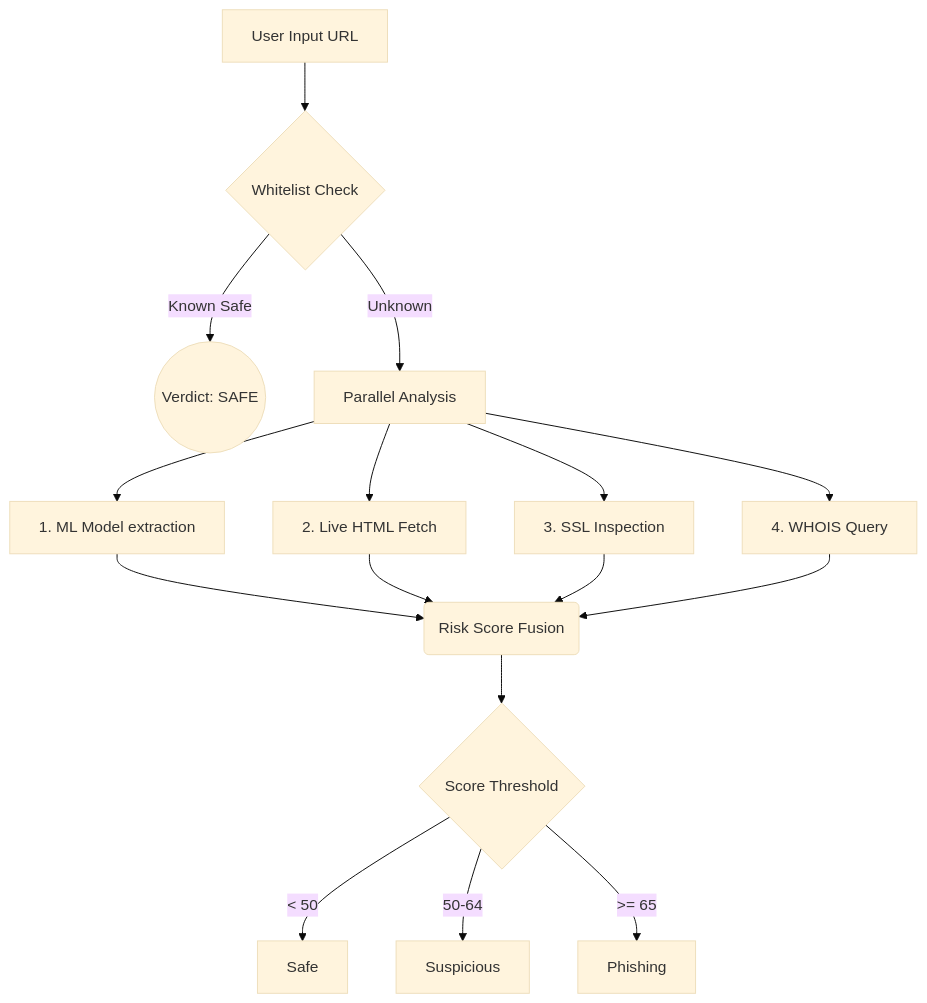
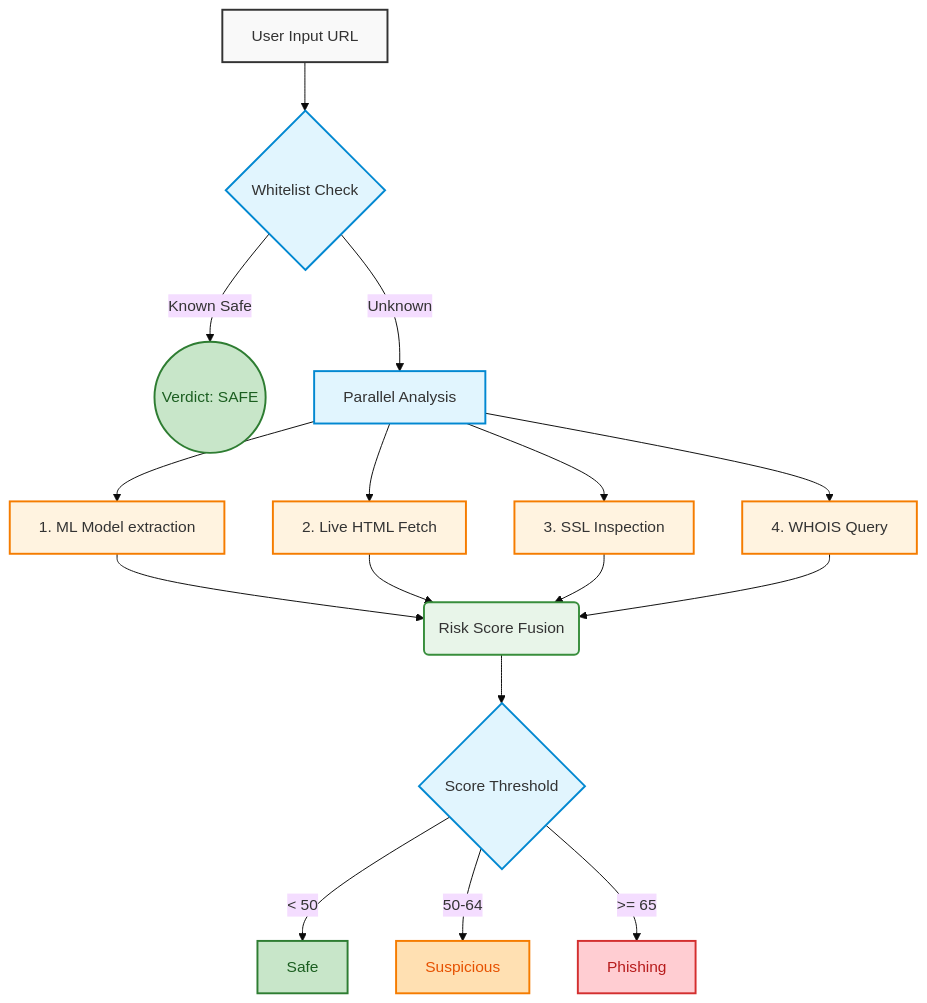
Before and after one commit to End-2007/phishing-site: the diagram in README.md, drawn with Mermaid (base theme).

````diff
--- a/README.md
+++ b/README.md
@@ -31,21 +31,30 @@
 ```mermaid
 graph TD
-    A[User Input URL] --> B{Whitelist Check}
-    B -- Known Safe --> C((Verdict: SAFE))
-    B -- Unknown --> D[Parallel Analysis]
+    %% Styling
+    classDef input fill:#f9f9f9,stroke:#333,stroke-width:2px;
+    classDef process fill:#e1f5fe,stroke:#0288d1,stroke-width:2px;
+    classDef analysis fill:#fff3e0,stroke:#f57c00,stroke-width:2px;
+    classDef fusion fill:#e8f5e9,stroke:#388e3c,stroke-width:2px;
+    classDef safe fill:#c8e6c9,stroke:#2e7d32,stroke-width:2px,color:#1b5e20;
+    classDef suspicious fill:#ffe0b2,stroke:#f57c00,stroke-width:2px,color:#e65100;
+    classDef phishing fill:#ffcdd2,stroke:#d32f2f,stroke-width:2px,color:#b71c1c;
+
+    A[User Input URL]:::input --> B{Whitelist Check}:::process
+    B -- Known Safe --> C((Verdict: SAFE)):::safe
+    B -- Unknown --> D[Parallel Analysis]:::process
     
-    D --> E[1. ML Model extraction]
-    D --> F[2. Live HTML Fetch]
-    D --> G[3. SSL Inspection]
-    D --> H[4. WHOIS Query]
+    D --> E[1. ML Model extraction]:::analysis
+    D --> F[2. Live HTML Fetch]:::analysis
+    D --> G[3. SSL Inspection]:::analysis
+    D --> H[4. WHOIS Query]:::analysis
     
-    E --> I(Risk Score Fusion)
+    E --> I(Risk Score Fusion):::fusion
     F --> I
     G --> I
     H --> I
     
-    I --> J{Score Threshold}
-    J -- < 50 --> K[Safe]
-    J -- 50-64 --> L[Suspicious]
-    J -- >= 65 --> M[Phishing]
+    I --> J{Score Threshold}:::process
+    J -- < 50 --> K[Safe]:::safe
+    J -- 50-64 --> L[Suspicious]:::suspicious
+    J -- >= 65 --> M[Phishing]:::phishing
 ```
````
